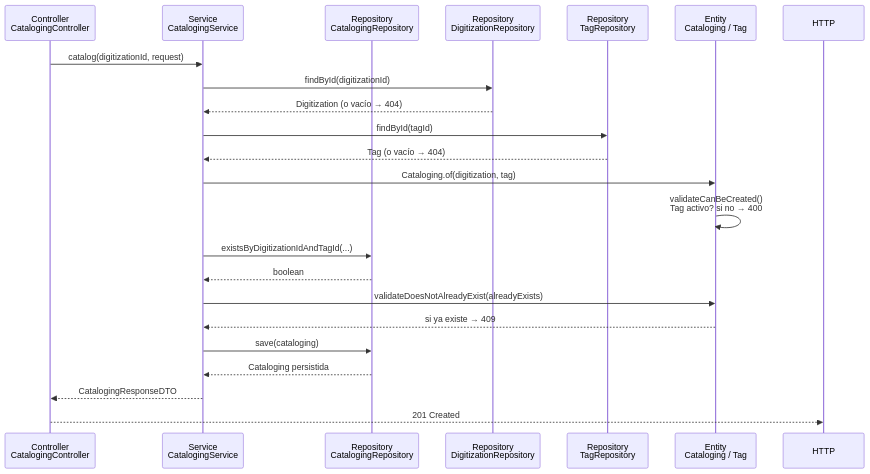
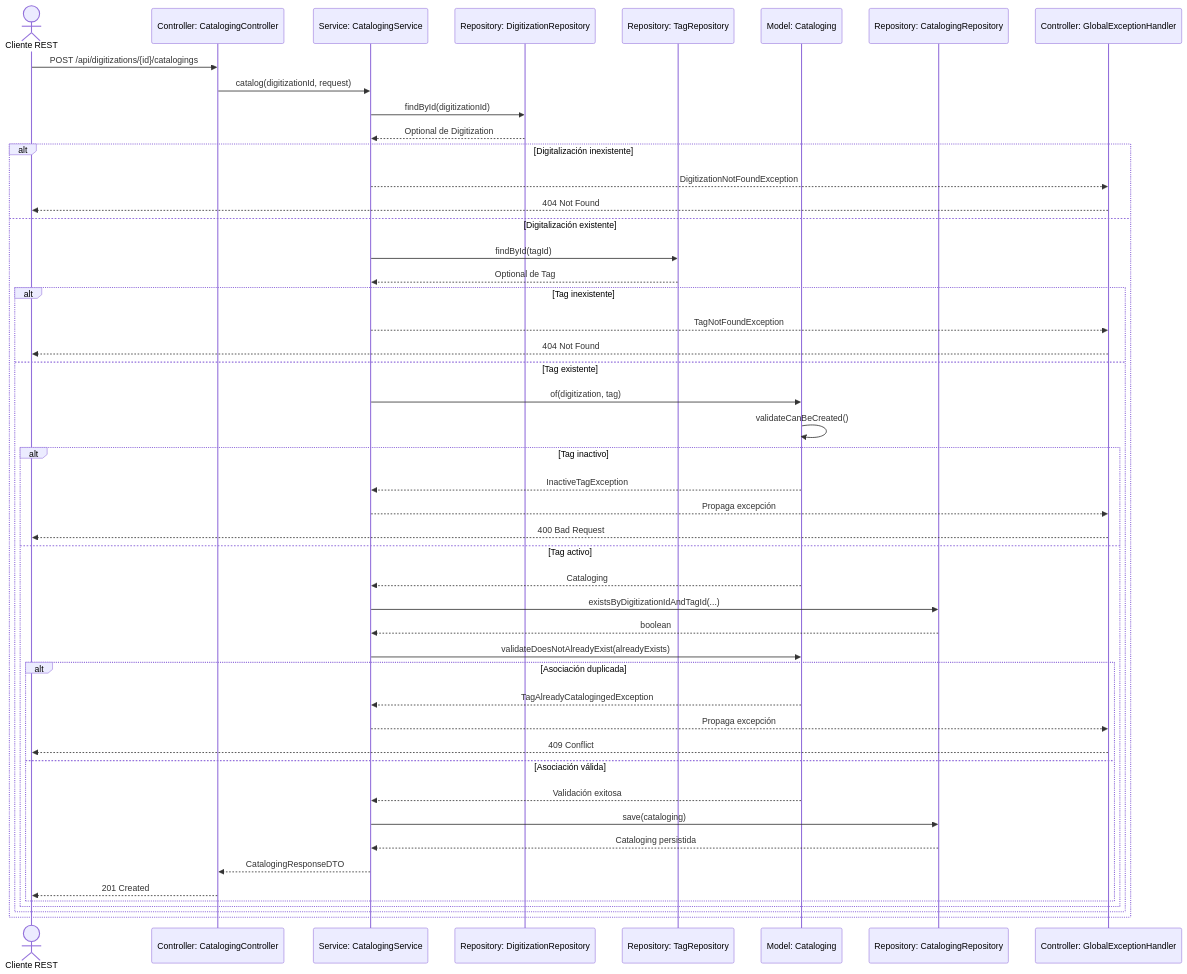
The diagram in docs/diagrams/sequence-cataloging.md (Ezequiel-Zinno/archivo-digital), drawn with Mermaid before and after one commit. The commit also changed other lines of this file and 10 other files, not shown here.

````diff
--- a/docs/diagrams/sequence-cataloging.md
+++ b/docs/diagrams/sequence-cataloging.md
@@ -7,25 +9,55 @@
 ```mermaid
 sequenceDiagram
-    participant C as Controller<br/>CatalogingController
-    participant S as Service<br/>CatalogingService
-    participant R as Repository<br/>CatalogingRepository
-    participant DR as Repository<br/>DigitizationRepository
-    participant TR as Repository<br/>TagRepository
-    participant E as Entity<br/>Cataloging / Tag
+    actor Client as Cliente REST
+    participant C as Controller: CatalogingController
+    participant S as Service: CatalogingService
+    participant DR as Repository: DigitizationRepository
+    participant TR as Repository: TagRepository
+    participant E as Model: Cataloging
+    participant R as Repository: CatalogingRepository
+    participant H as Controller: GlobalExceptionHandler
 
+    Client->>C: POST /api/digitizations/{id}/catalogings
     C->>S: catalog(digitizationId, request)
     S->>DR: findById(digitizationId)
-    DR-->>S: Digitization (o vacío → 404)
-    S->>TR: findById(tagId)
-    TR-->>S: Tag (o vacío → 404)
-    S->>E: Cataloging.of(digitization, tag)
-    E->>E: validateCanBeCreated()<br/>Tag activo? si no → 400
-    S->>R: existsByDigitizationIdAndTagId(...)
-    R-->>S: boolean
-    S->>E: validateDoesNotAlreadyExist(alreadyExists)
-    E-->>S: si ya existe → 409
-    S->>R: save(cataloging)
-    R-->>S: Cataloging persistida
-    S-->>C: CatalogingResponseDTO
-    C-->>HTTP: 201 Created
+    DR-->>S: Optional de Digitization
+
+    alt Digitalización inexistente
+        S-->>H: DigitizationNotFoundException
+        H-->>Client: 404 Not Found
+    else Digitalización existente
+        S->>TR: findById(tagId)
+        TR-->>S: Optional de Tag
+
+        alt Tag inexistente
+            S-->>H: TagNotFoundException
+            H-->>Client: 404 Not Found
+        else Tag existente
+            S->>E: of(digitization, tag)
+            E->>E: validateCanBeCreated()
+
+            alt Tag inactivo
+                E-->>S: InactiveTagException
+                S-->>H: Propaga excepción
+                H-->>Client: 400 Bad Request
+            else Tag activo
+                E-->>S: Cataloging
+                S->>R: existsByDigitizationIdAndTagId(...)
+                R-->>S: boolean
+                S->>E: validateDoesNotAlreadyExist(alreadyExists)
+
+                alt Asociación duplicada
+                    E-->>S: TagAlreadyCatalogingedException
+                    S-->>H: Propaga excepción
+                    H-->>Client: 409 Conflict
+                else Asociación válida
+                    E-->>S: Validación exitosa
+                    S->>R: save(cataloging)
+                    R-->>S: Cataloging persistida
+                    S-->>C: CatalogingResponseDTO
+                    C-->>Client: 201 Created
+                end
+            end
+        end
+    end
 ```
````
